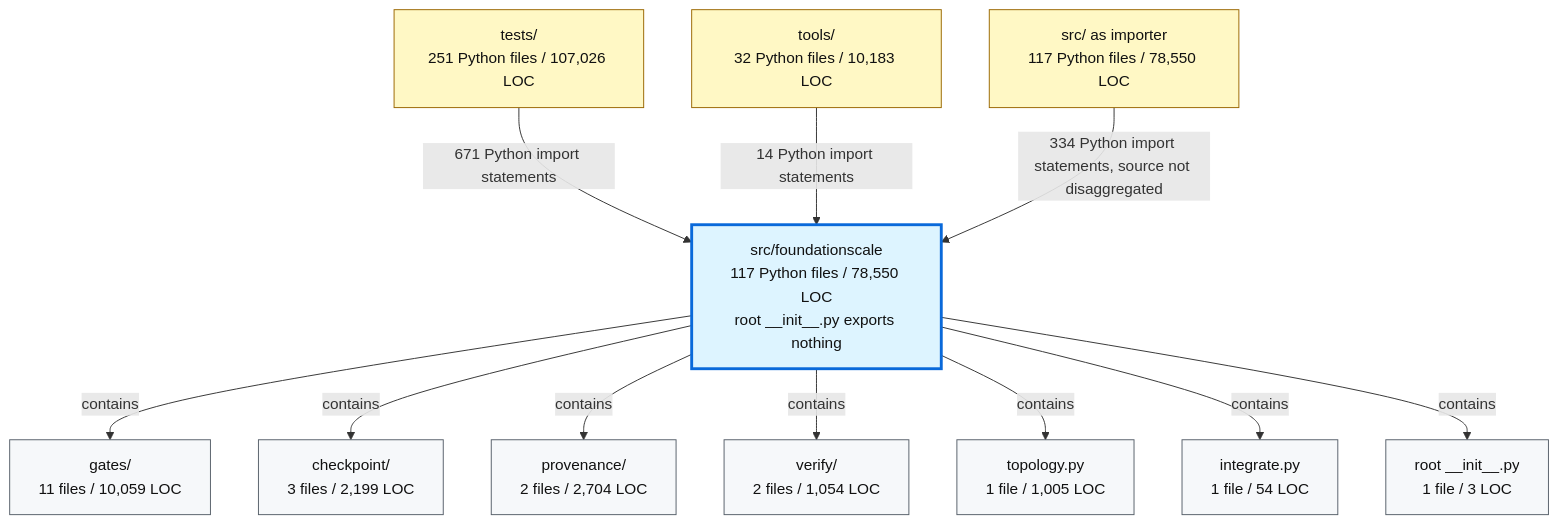
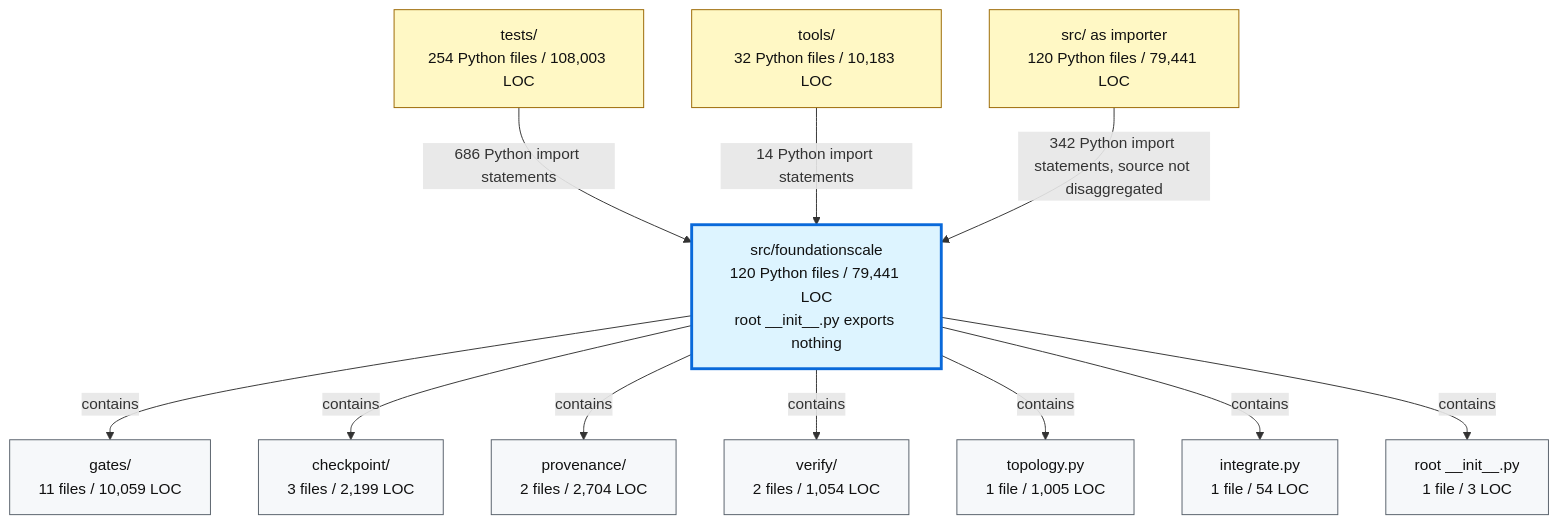
The second of 2 diagrams in docs/review/D2_current_architecture.md (TranNhiem/FoundationScale), drawn with Mermaid before and after one commit. The commit also changed other lines of this file and 10 other files, not shown here.

````diff
--- a/docs/review/D2_current_architecture.md
+++ b/docs/review/D2_current_architecture.md
@@ -97,36 +97,36 @@
 ```mermaid
 flowchart TB
-  TESTS["tests/<br/>251 Python files / 107,026 LOC"]
+  TESTS["tests/<br/>254 Python files / 108,003 LOC"]
   TOOLS["tools/<br/>32 Python files / 10,183 LOC"]
-  SRC["src/ as importer<br/>117 Python files / 78,550 LOC"]
+  SRC["src/ as importer<br/>120 Python files / 79,441 LOC"]
 
-  FS["src/foundationscale<br/>117 Python files / 78,550 LOC<br/>root __init__.py exports nothing"]
+  FS["src/foundationscale<br/>120 Python files / 79,441 LOC<br/>root __init__.py exports nothing"]
 
   GATES["gates/<br/>11 files / 10,059 LOC"]
   CKPT["checkpoint/<br/>3 files / 2,199 LOC"]
   PROV["provenance/<br/>2 files / 2,704 LOC"]
   VERIFY["verify/<br/>2 files / 1,054 LOC"]
   TOPO["topology.py<br/>1 file / 1,005 LOC"]
   INTEG["integrate.py<br/>1 file / 54 LOC"]
   ROOT["root __init__.py<br/>1 file / 3 LOC"]
 
-  TESTS -->|"671 Python import statements"| FS
+  TESTS -->|"686 Python import statements"| FS
   TOOLS -->|"14 Python import statements"| FS
-  SRC -->|"334 Python import statements, source not disaggregated"| FS
+  SRC -->|"342 Python import statements, source not disaggregated"| FS
 
   FS -->|"contains"| GATES
   FS -->|"contains"| CKPT
   FS -->|"contains"| PROV
   FS -->|"contains"| VERIFY
   FS -->|"contains"| TOPO
   FS -->|"contains"| INTEG
   FS -->|"contains"| ROOT
 
   classDef consumer fill:#fff8c5,stroke:#9a6700,color:#111;
   classDef package fill:#ddf4ff,stroke:#0969da,stroke-width:3px,color:#111;
   classDef module fill:#f6f8fa,stroke:#57606a,color:#111;
 
   class TESTS,TOOLS,SRC consumer;
   class FS package;
   class GATES,CKPT,PROV,VERIFY,TOPO,INTEG,ROOT module;
 ```
````
